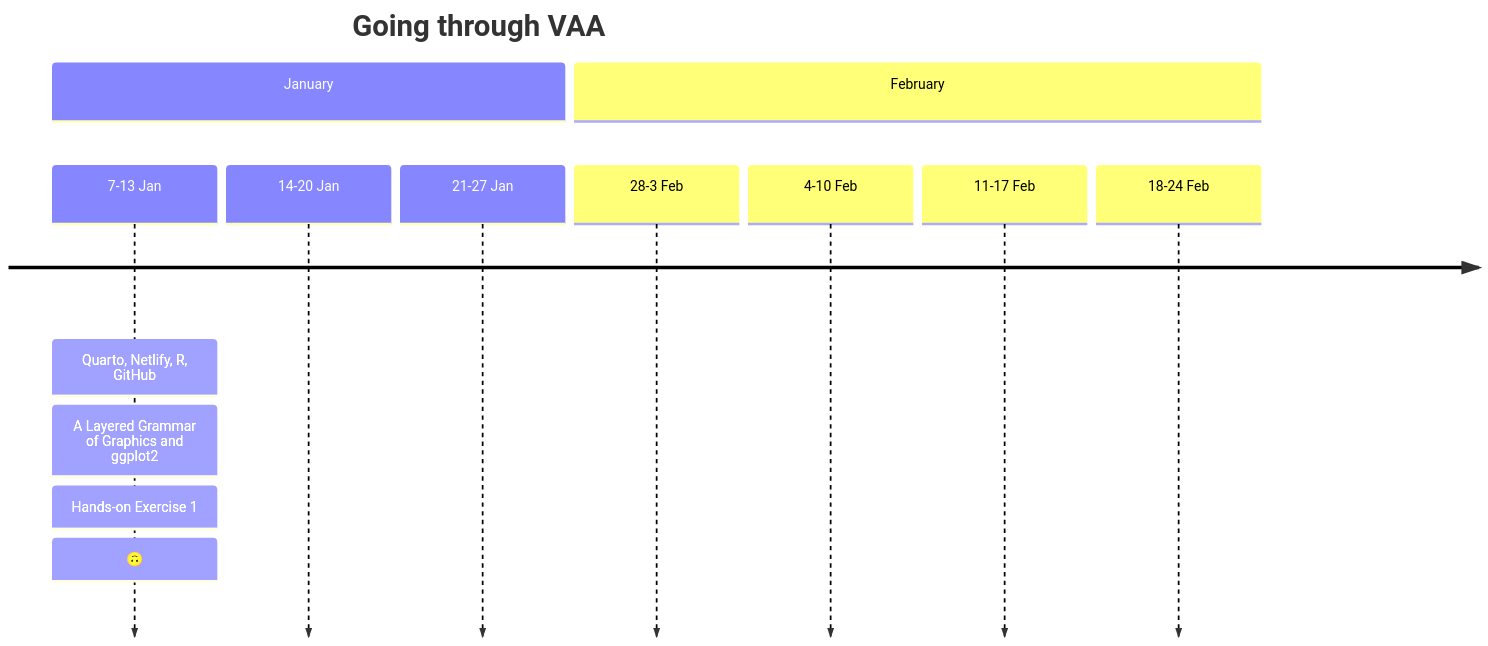
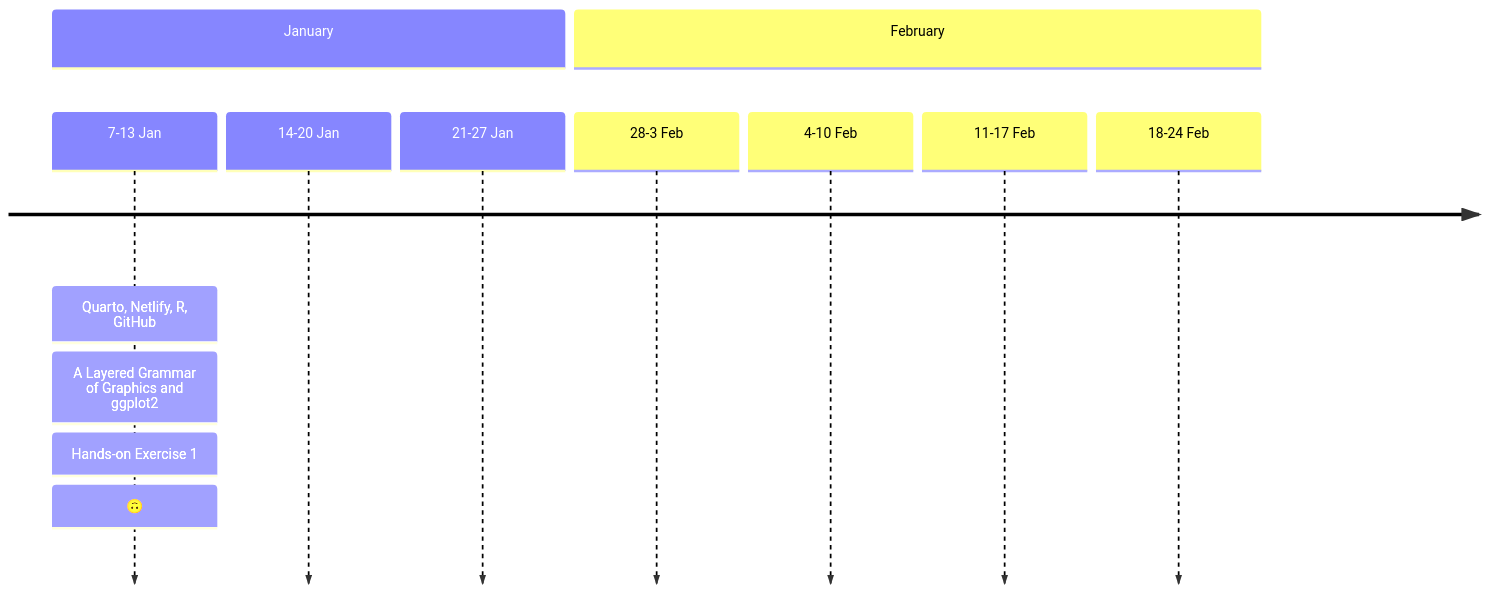
One commit to victorianeo/ISS608-VAA changed the second of 2 diagrams in index.qmd. Above: the diagram before and after it, drawn with Mermaid. The commit also changed other lines of this file and 5 other files, not shown here.

````diff
--- a/index.qmd
+++ b/index.qmd
@@ -41,18 +41,17 @@
 ```{mermaid}
 timeline
-        title Going through VAA
         section January
           7-13 Jan : Quarto, Netlify, R, GitHub
                   : A Layered Grammar of Graphics and ggplot2
                   : Hands-on Exercise 1
                   : 🙃
           14-20 Jan 
           21-27 Jan 
         section February
           28-3 Feb  
           4-10 Feb 
           11-17 Feb 
           18-24 Feb 
           
           
 ```
````
